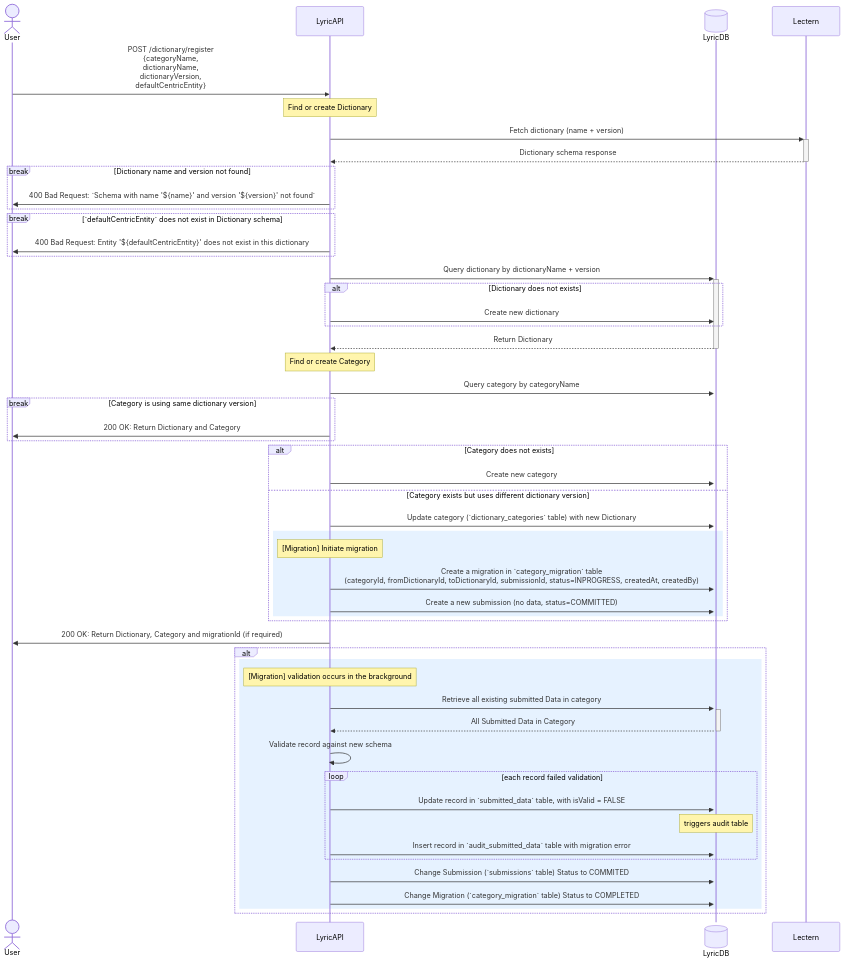
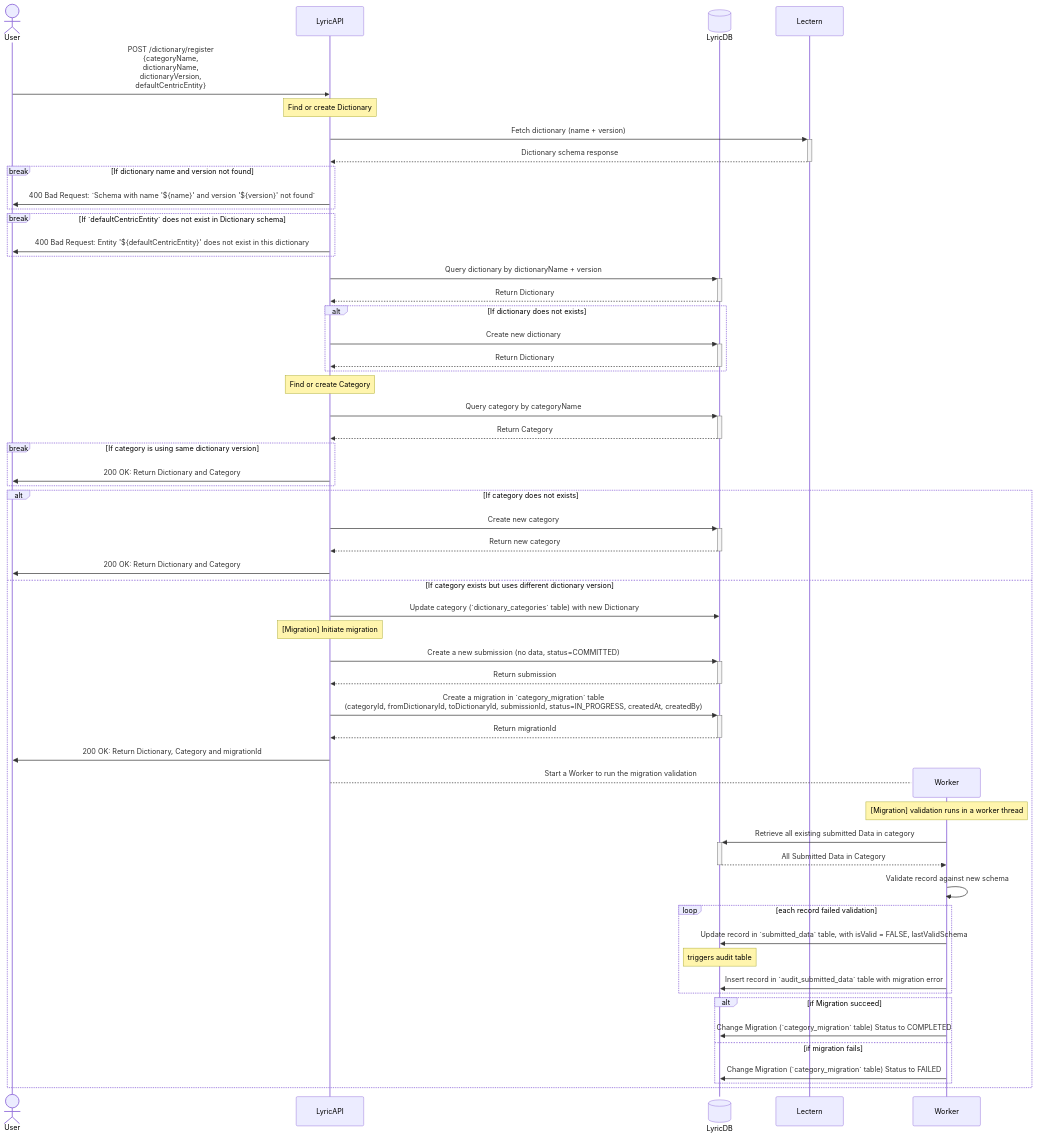
One commit to overture-stack/lyric changed the diagram in packages/data-provider/docs/dictionary-registration.md. Above: the diagram before and after it, drawn with Mermaid. The commit also changed other lines of this file and 23 other files, not shown here.

First line of the commit message:
Dictionary migration - Part 1 - Database changes (#182)

````diff
--- a/packages/data-provider/docs/dictionary-registration.md
+++ b/packages/data-provider/docs/dictionary-registration.md
@@ -36,60 +36,68 @@
 ```mermaid
 sequenceDiagram
     actor User
     participant LyricAPI
     participant LyricDB@{ "type" : "database" }
     participant Lectern
 
     User->>LyricAPI: POST /dictionary/register <br />{categoryName, <br />dictionaryName, <br />dictionaryVersion, <br />defaultCentricEntity}
     Note over LyricAPI: Find or create Dictionary
     LyricAPI->>+Lectern: Fetch dictionary (name + version)
     Lectern-->>-LyricAPI: Dictionary schema response
-    break Dictionary name and version not found
+    break If dictionary name and version not found
         LyricAPI->>User: 400 Bad Request: `Schema with name '${name}' and version '${version}' not found`
     end
-    break `defaultCentricEntity` does not exist in Dictionary schema
+    break If `defaultCentricEntity` does not exist in Dictionary schema
         LyricAPI->>User: 400 Bad Request: Entity '${defaultCentricEntity}' does not exist in this dictionary
     end
     LyricAPI->>+LyricDB: Query dictionary by dictionaryName + version
-    alt Dictionary does not exists
-        LyricAPI->>LyricDB: Create new dictionary
+    LyricDB-->>-LyricAPI: Return Dictionary
+    alt If dictionary does not exists
+        LyricAPI->>+LyricDB: Create new dictionary
+        LyricDB-->>-LyricAPI: Return Dictionary
     end
-    LyricDB-->>-LyricAPI: Return Dictionary
 
     Note over LyricAPI: Find or create Category
     LyricAPI->>+LyricDB: Query category by categoryName
-    break Category is using same dictionary version
+    LyricDB-->>-LyricAPI: Return Category
+    break If category is using same dictionary version
         %% Nothing to do here
         LyricAPI->>User: 200 OK: Return Dictionary and Category
     end
 
-    alt Category does not exists
-        LyricAPI->>LyricDB: Create new category
-    else Category exists but uses different dictionary version
+    alt If category does not exists
+        LyricAPI->>+LyricDB: Create new category
+        LyricDB-->>-LyricAPI: Return new category
+
+        LyricAPI->>User: 200 OK: Return Dictionary and Category
+    else If category exists but uses different dictionary version
         LyricAPI->>LyricDB: Update category (`dictionary_categories` table) with new Dictionary
 
-        rect rgb(230, 242, 255)
-            note over LyricAPI: [Migration] Initiate migration
-            LyricAPI->>LyricDB: Create a migration in `category_migration` table<br />(categoryId, fromDictionaryId, toDictionaryId, submissionId, status=INPROGRESS, createdAt, createdBy)
-            LyricAPI->>LyricDB: Create a new submission (no data, status=COMMITTED)
+        note over LyricAPI: [Migration] Initiate migration
+        LyricAPI->>+LyricDB: Create a new submission (no data, status=COMMITTED)
+        LyricDB-->>-LyricAPI: Return submission
+        LyricAPI->>+LyricDB: Create a migration in `category_migration` table<br />(categoryId, fromDictionaryId, toDictionaryId, submissionId, status=IN_PROGRESS, createdAt, createdBy)
+        LyricDB-->>-LyricAPI: Return migrationId
+
+        LyricAPI->>User: 200 OK: Return Dictionary, Category and migrationId
+
+        create participant Worker
+        LyricAPI-->Worker: Start a Worker to run the migration validation
+        note over Worker: [Migration] validation runs in a worker thread
+        Worker->>+LyricDB: Retrieve all existing submitted Data in category
+        LyricDB-->>-Worker: All Submitted Data in Category
+        Worker->>Worker: Validate record against new schema
+
+        loop each record failed validation
+            Worker->>LyricDB: Update record in `submitted_data` table, with isValid = FALSE, lastValidSchema
+            note over LyricDB: triggers audit table
+            Worker->>LyricDB: Insert record in `audit_submitted_data` table with migration error
         end
-    end
 
-    LyricAPI->>User: 200 OK: Return Dictionary, Category and migrationId (if required)
-    alt
-        rect rgb(230, 242, 255)
-            note over LyricAPI: [Migration] validation occurs in the brackground
-            LyricAPI->>+LyricDB: Retrieve all existing submitted Data in category
-            LyricDB-->>-LyricAPI: All Submitted Data in Category
-            LyricAPI->>LyricAPI: Validate record against new schema
-
-            loop each record failed validation
-                LyricAPI->>LyricDB: Update record in `submitted_data` table, with isValid = FALSE
-                note over LyricDB: triggers audit table
-                LyricAPI->>LyricDB: Insert record in `audit_submitted_data` table with migration error
-            end
-            LyricAPI->>LyricDB: Change Submission (`submissions` table) Status to COMMITED
-            LyricAPI->>LyricDB: Change Migration (`category_migration` table) Status to COMPLETED
+        alt if Migration succeed
+            Worker->>LyricDB: Change Migration (`category_migration` table) Status to COMPLETED
+        else if migration fails
+            Worker->>LyricDB: Change Migration (`category_migration` table) Status to FAILED
         end
     end
 ```
````
